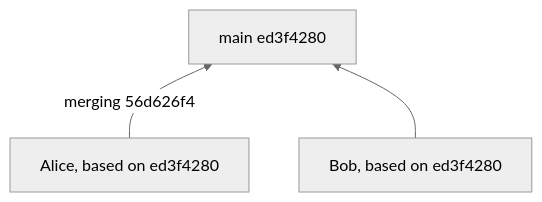
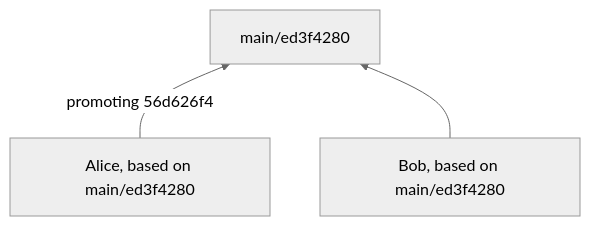
One commit to ScottArbeit/Grace changed the second of 4 diagrams in docs/Branching strategy.md. Above: the diagram before and after it, drawn with Mermaid (neutral theme). The commit also changed other lines of this file and 1 other file, not shown here.

````diff
--- a/docs/Branching strategy.md
+++ b/docs/Branching strategy.md
@@ -25,5 +45,5 @@
 ```mermaid
 flowchart BT
-    Alice[Alice, based on ed3f4280]-->|merging 56d626f4|main[main ed3f4280]
-    Bob[Bob, based on ed3f4280]-->main[main ed3f4280]
+    Alice[Alice, based on main/ed3f4280]-->|promoting 56d626f4|main[main/ed3f4280]
+    Bob[Bob, based on main/ed3f4280]-->main[main/ed3f4280]
 ```
````
